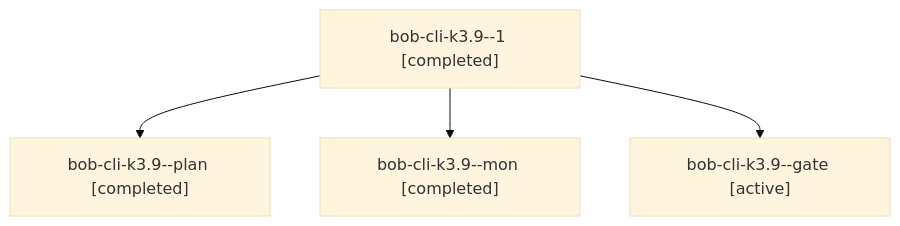
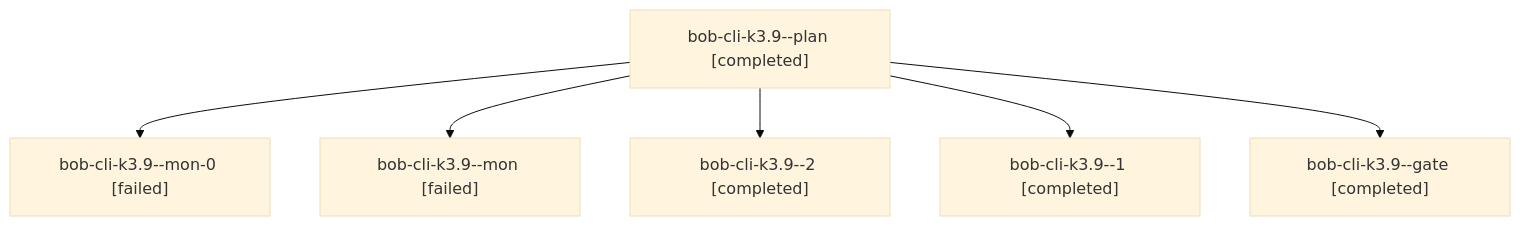
The diagram in sessions/bbugyi200.athena.bob-cli-k3.9.md (bobs-org/bob-cli--agents), drawn with Mermaid (base theme) before and after one commit. The commit also changed other lines of this file and 172 other files, not shown here.

````diff
--- a/sessions/bbugyi200.athena.bob-cli-k3.9.md
+++ b/sessions/bbugyi200.athena.bob-cli-k3.9.md
@@ -9,10 +9,14 @@
 ```mermaid
 flowchart TD
-  n0["bob-cli-k3.9--1 [completed]"]
-  n1["bob-cli-k3.9--plan [completed]"]
+  n0["bob-cli-k3.9--plan [completed]"]
+  n1["bob-cli-k3.9--mon-0 [failed]"]
   n0 --> n1
-  n2["bob-cli-k3.9--mon [completed]"]
+  n2["bob-cli-k3.9--mon [failed]"]
   n0 --> n2
-  n3["bob-cli-k3.9--gate [active]"]
+  n3["bob-cli-k3.9--2 [completed]"]
   n0 --> n3
+  n4["bob-cli-k3.9--1 [completed]"]
+  n0 --> n4
+  n5["bob-cli-k3.9--gate [completed]"]
+  n0 --> n5
 ```
````
